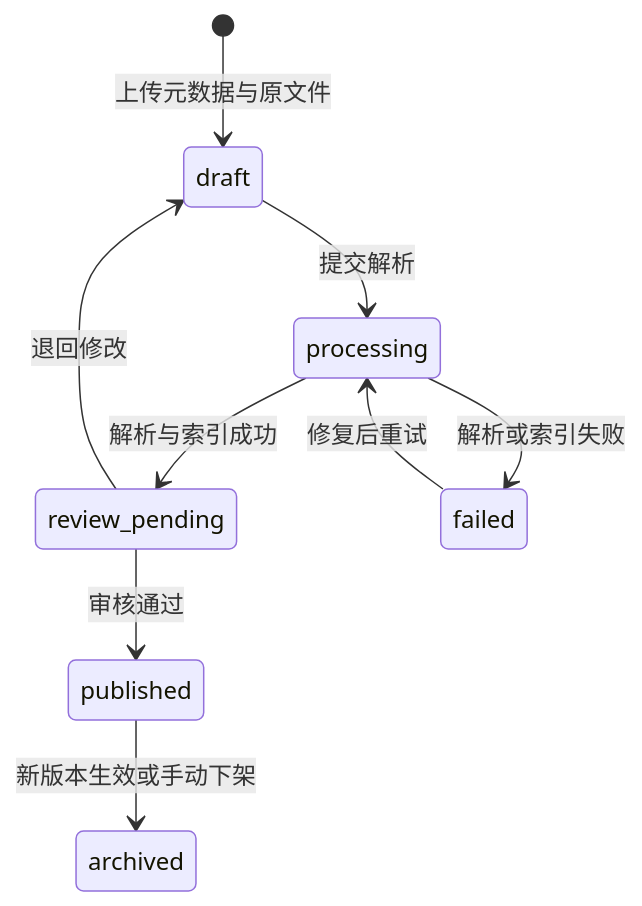
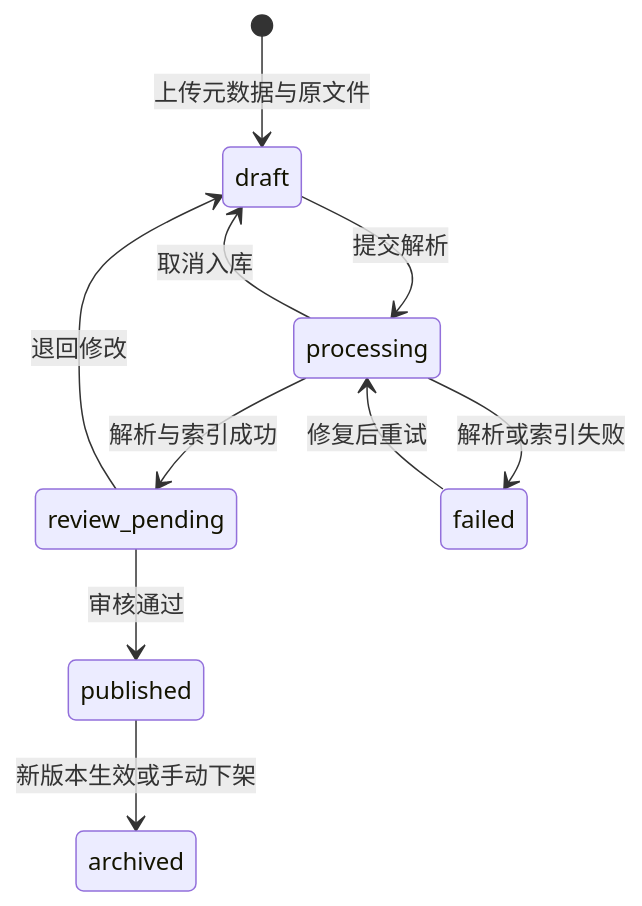
One commit to wahahaorg/fullstack-road changed the first of 2 diagrams in guide/agentic-rag-project-lifecycle.md. Above: the diagram before and after it, drawn with Mermaid. The commit also changed other lines of this file and 30 other files, not shown here.

````diff
--- a/guide/agentic-rag-project-lifecycle.md
+++ b/guide/agentic-rag-project-lifecycle.md
@@ -41,11 +70,12 @@
 ```mermaid
 stateDiagram-v2
     [*] --> draft: 上传元数据与原文件
     draft --> processing: 提交解析
     processing --> review_pending: 解析与索引成功
     processing --> failed: 解析或索引失败
+    processing --> draft: 取消入库
     failed --> processing: 修复后重试
     review_pending --> published: 审核通过
     review_pending --> draft: 退回修改
     published --> archived: 新版本生效或手动下架
 ```
````
